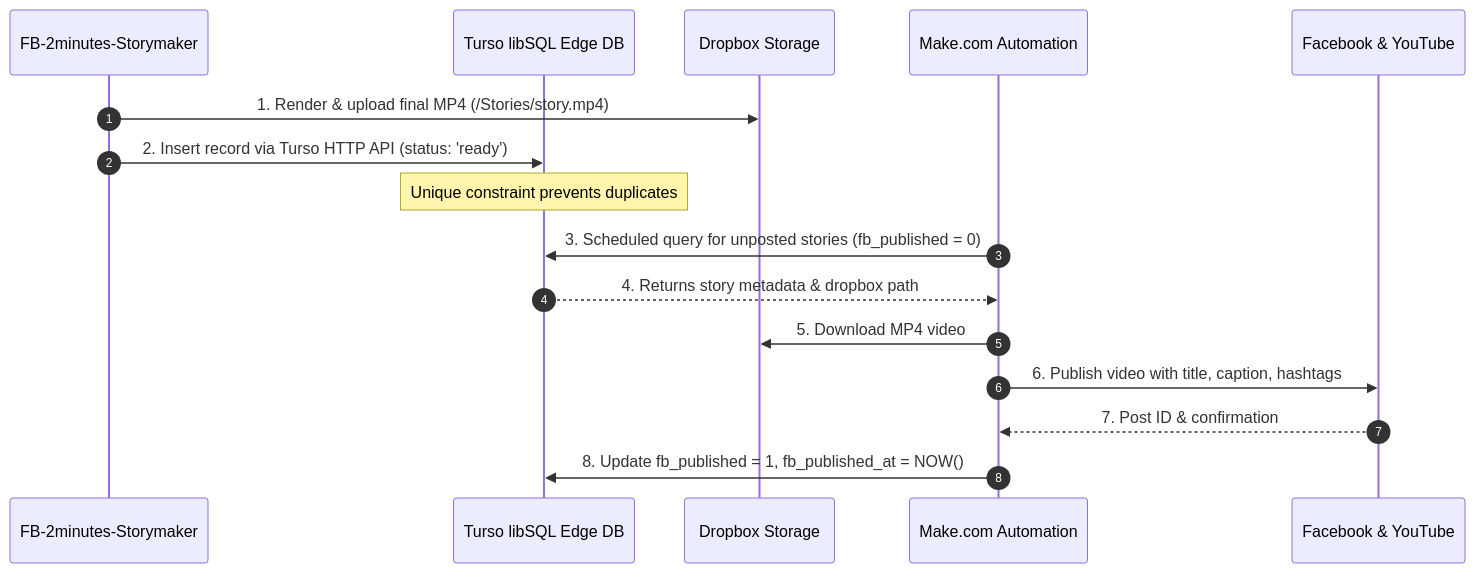
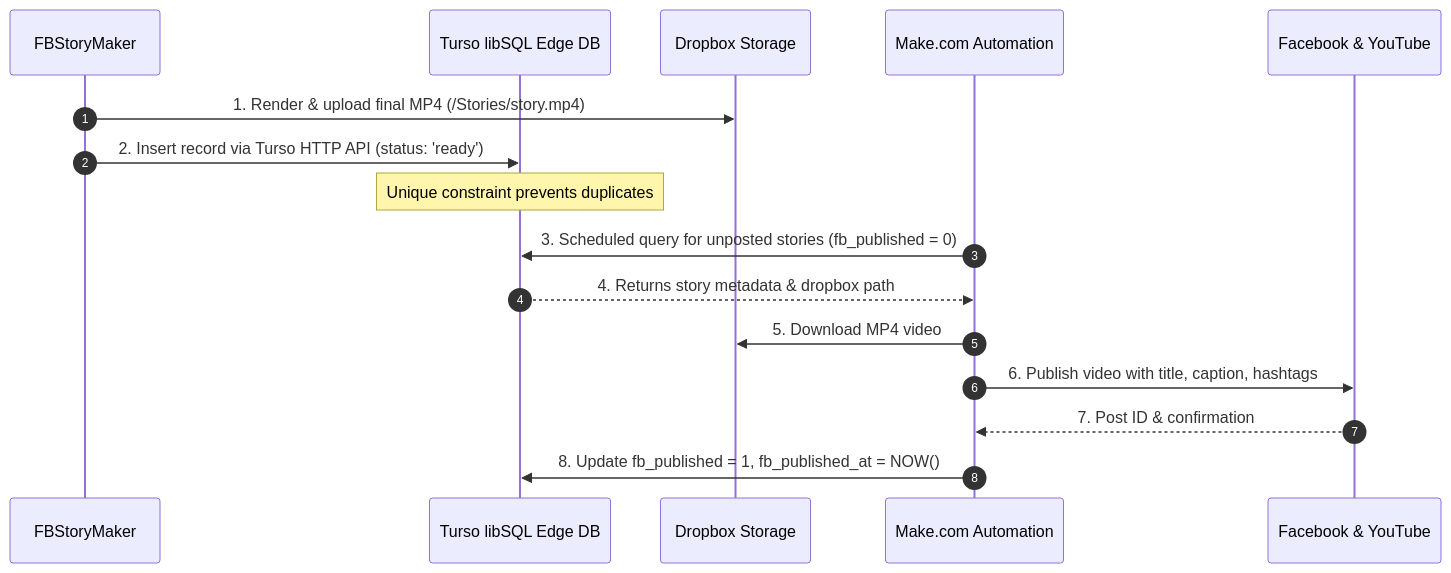
The diagram in docs/TURSO_MAKE_GUIDE.md (AllensCreations/FB-2minutes-Storymaker), drawn with Mermaid before and after one commit. The commit also changed other lines of this file and 15 other files, not shown here.

First line of the commit message:
Rename repository to FBStoryMaker

````diff
--- a/docs/TURSO_MAKE_GUIDE.md
+++ b/docs/TURSO_MAKE_GUIDE.md
@@ -22,19 +22,19 @@
 ```mermaid
 sequenceDiagram
     autonumber
-    participant App as FB-2minutes-Storymaker
+    participant App as FBStoryMaker
     participant DB as Turso libSQL Edge DB
     participant Drop as Dropbox Storage
     participant Make as Make.com Automation
     participant Social as Facebook & YouTube
 
     App->>Drop: 1. Render & upload final MP4 (/Stories/story.mp4)
     App->>DB: 2. Insert record via Turso HTTP API (status: 'ready')
     Note over DB: Unique constraint prevents duplicates
     Make->>DB: 3. Scheduled query for unposted stories (fb_published = 0)
     DB-->>Make: 4. Returns story metadata & dropbox path
     Make->>Drop: 5. Download MP4 video
     Make->>Social: 6. Publish video with title, caption, hashtags
     Social-->>Make: 7. Post ID & confirmation
     Make->>DB: 8. Update fb_published = 1, fb_published_at = NOW()
 ```
````
